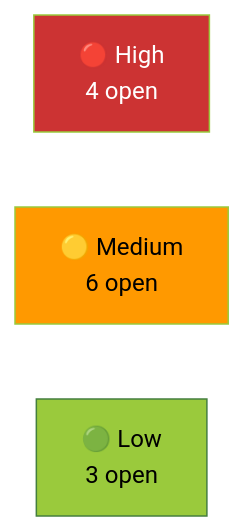
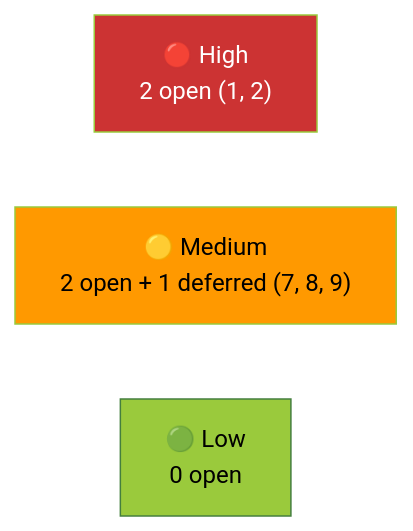
One commit to marcelofrau/xb-homebrew-vault changed the diagram in docs/tech-debt.md. Above: the diagram before and after it, drawn with Mermaid. The commit also changed other lines of this file and 7 other files, not shown here.

````diff
--- a/docs/tech-debt.md
+++ b/docs/tech-debt.md
@@ -281,10 +265,10 @@
 ```mermaid
 graph LR
-    H["🔴 High<br/>4 open"]
-    M["🟡 Medium<br/>6 open"]
-    L["🟢 Low<br/>3 open"]
+    H["🔴 High<br/>2 open (1, 2)"]
+    M["🟡 Medium<br/>2 open + 1 deferred (7, 8, 9)"]
+    L["🟢 Low<br/>0 open"]
 
     style H fill:#CC3333,stroke:#9ACA3C,color:#fff
     style M fill:#FF9900,stroke:#9ACA3C,color:#000
     style L fill:#9ACA3C,stroke:#447F3E,color:#000
 ```
````
